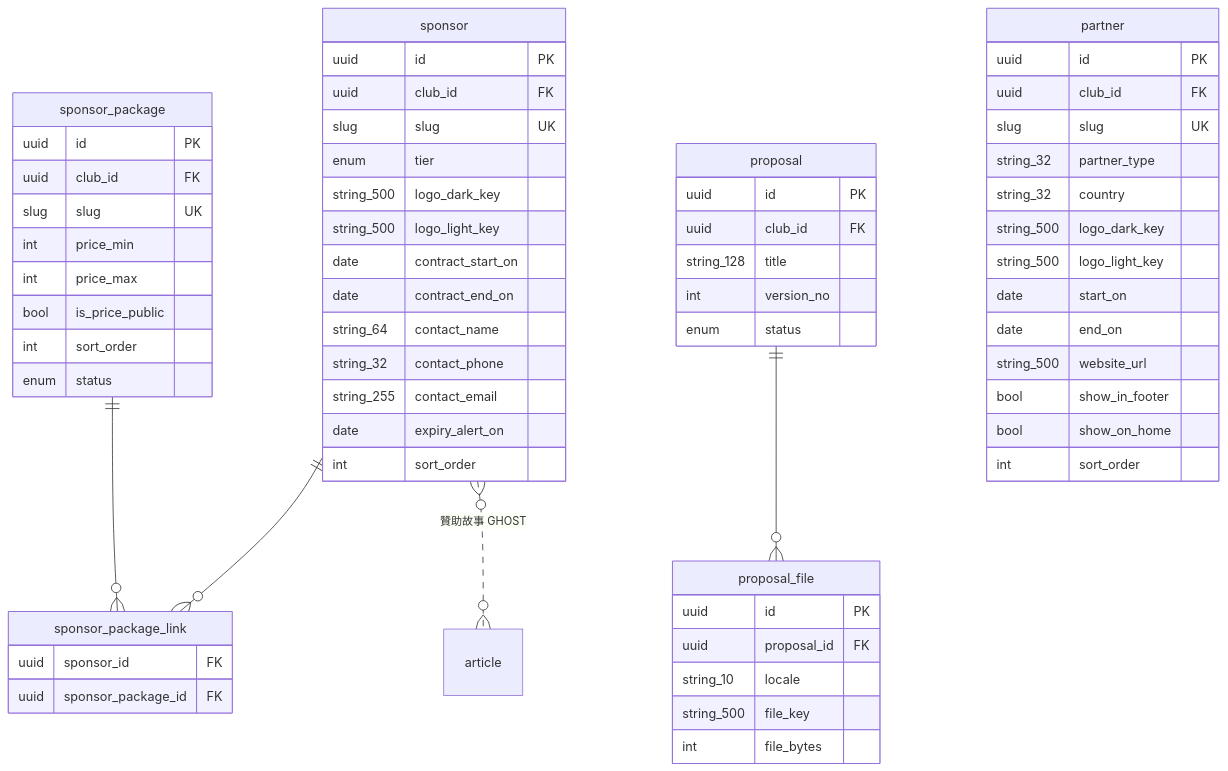
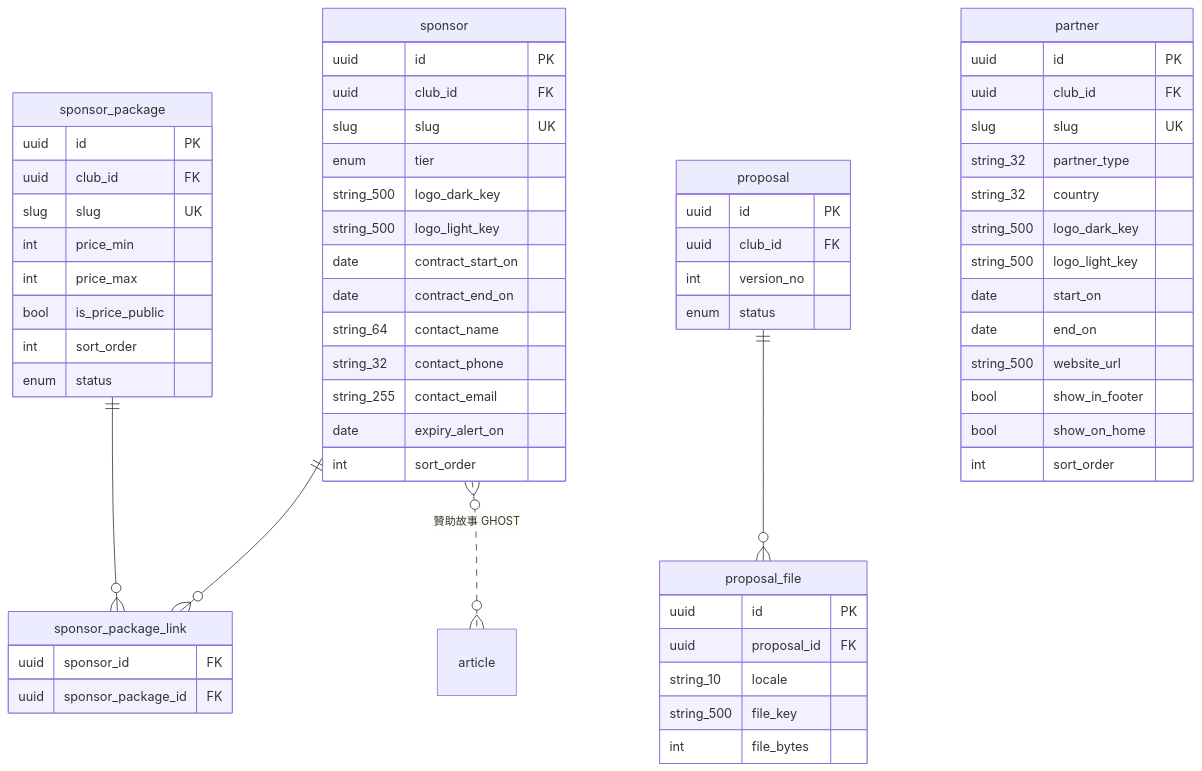
Before and after one commit to waiting0201/tcrfc: the seventh of 17 diagrams in docs/12a-database-erd.md, drawn with Mermaid. The commit also changed other lines of this file and 25 other files, not shown here.

````diff
--- a/docs/12a-database-erd.md
+++ b/docs/12a-database-erd.md
@@ -568,65 +565,64 @@
 ```mermaid
 erDiagram
   sponsor ||--o{ sponsor_package_link : ""
   sponsor_package ||--o{ sponsor_package_link : ""
   proposal ||--o{ proposal_file : ""
   sponsor }o..o{ article : "贊助故事 GHOST"
   partner {
     uuid id PK
     uuid club_id FK
     slug slug UK
     string_32 partner_type
     string_32 country
     string_500 logo_dark_key
     string_500 logo_light_key
     date start_on
     date end_on
     string_500 website_url
     bool show_in_footer
     bool show_on_home
     int sort_order
   }
   sponsor {
     uuid id PK
     uuid club_id FK
     slug slug UK
     enum tier
     string_500 logo_dark_key
     string_500 logo_light_key
     date contract_start_on
     date contract_end_on
     string_64 contact_name
     string_32 contact_phone
     string_255 contact_email
     date expiry_alert_on
     int sort_order
   }
   sponsor_package {
     uuid id PK
     uuid club_id FK
     slug slug UK
     int price_min
     int price_max
     bool is_price_public
     int sort_order
     enum status
   }
   sponsor_package_link {
     uuid sponsor_id FK
     uuid sponsor_package_id FK
   }
   proposal {
     uuid id PK
     uuid club_id FK
-    string_128 title
     int version_no
     enum status
   }
   proposal_file {
     uuid id PK
     uuid proposal_id FK
     string_10 locale
     string_500 file_key
     int file_bytes
   }
 ```
````
